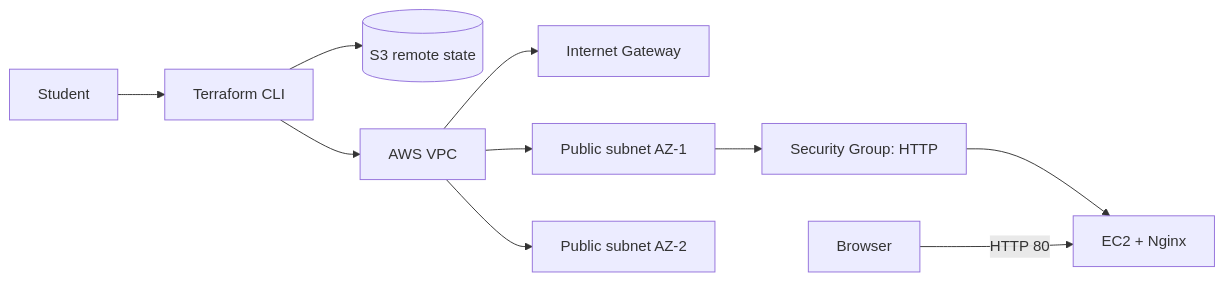
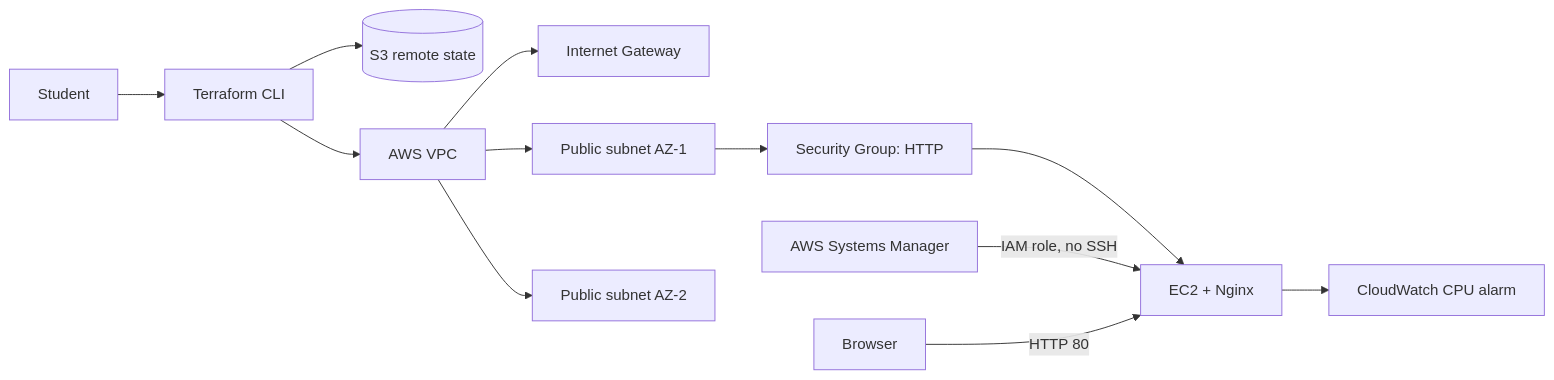
Before and after one commit to nrysbek-git/terraform-aws-teacher: the diagram in README.md, drawn with Mermaid. The commit also changed other lines of this file and 5 other files, not shown here.

````diff
--- a/README.md
+++ b/README.md
@@ -14,12 +15,14 @@
 ```mermaid
 flowchart LR
   STUDENT[Student] --> TF[Terraform CLI]
   TF --> S3[(S3 remote state)]
   TF --> VPC[AWS VPC]
   VPC --> IGW[Internet Gateway]
   VPC --> S1[Public subnet AZ-1]
   VPC --> S2[Public subnet AZ-2]
   S1 --> SG[Security Group: HTTP]
   SG --> EC2[EC2 + Nginx]
+  SSM[AWS Systems Manager] -->|IAM role, no SSH| EC2
+  EC2 --> CW[CloudWatch CPU alarm]
   USER[Browser] -->|HTTP 80| EC2
 ```
````
